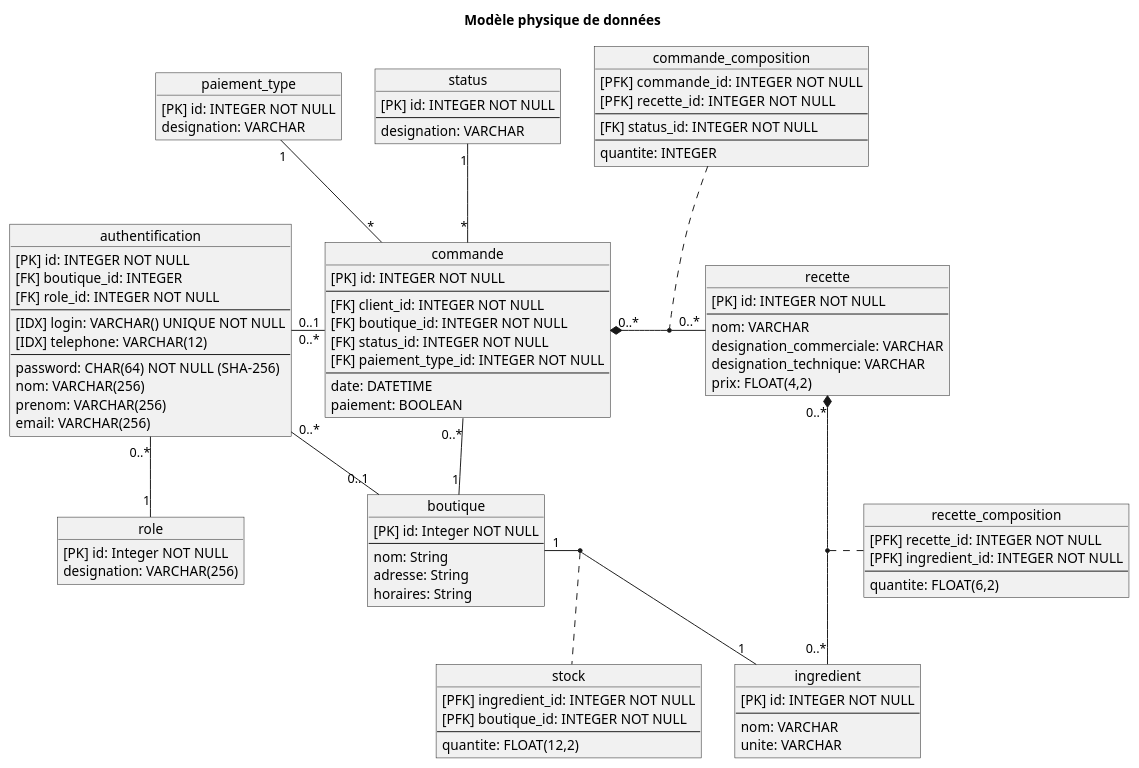
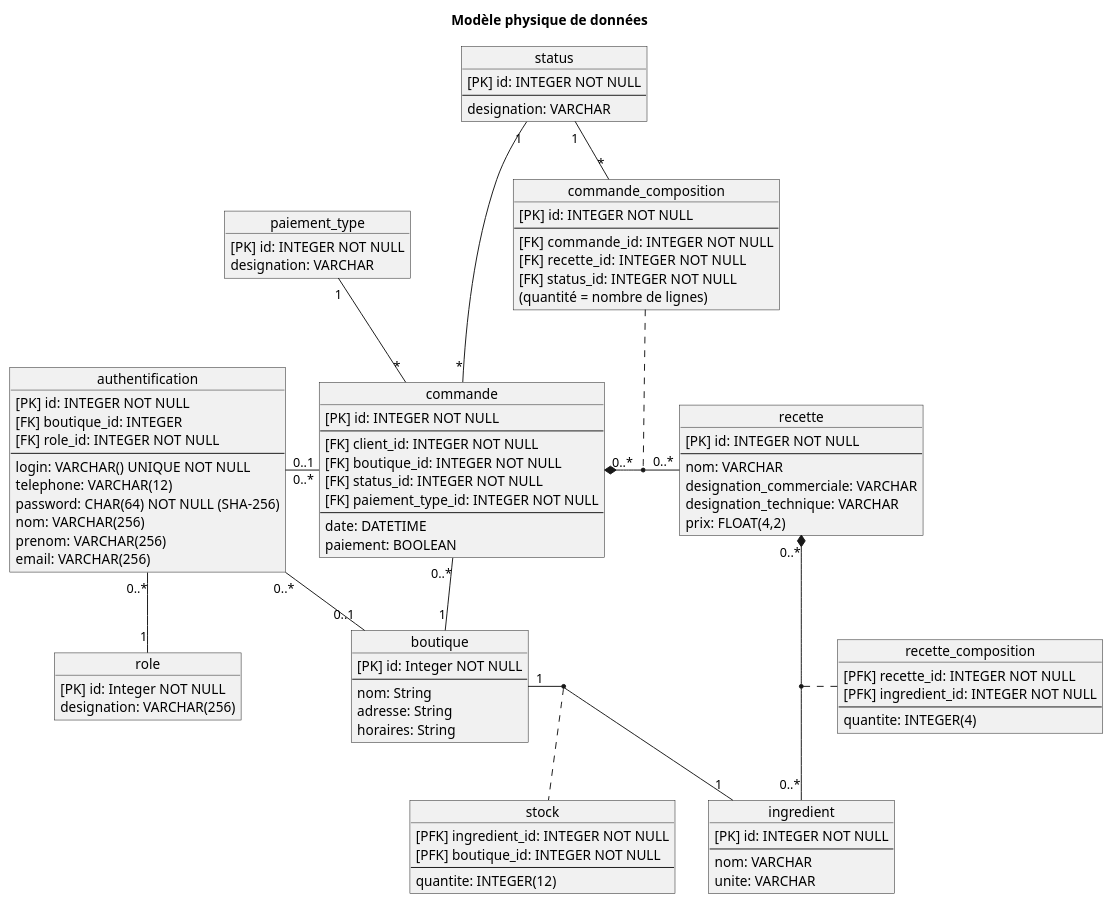
Before and after one commit to Zepmanbc/oc_dapython_pr6: the diagram in doc/uml/07_MPD.puml, drawn with PlantUML. The commit also changed 8 other files, not shown here.

Commit message:
class & MPD diagrams update SQL structure, basics begin of view/procedure begin of populate

```diff
--- a/doc/uml/07_MPD.puml
+++ b/doc/uml/07_MPD.puml
@@ -1,113 +1,115 @@
 @startuml 07_MPD
 title Modèle physique de données
 
 object commande{
     [PK] id: INTEGER NOT NULL
     ----
     [FK] client_id: INTEGER NOT NULL
     [FK] boutique_id: INTEGER NOT NULL
     [FK] status_id: INTEGER NOT NULL
     [FK] paiement_type_id: INTEGER NOT NULL
     ----
     date: DATETIME
     paiement: BOOLEAN
 }
 
 object paiement_type{
     [PK] id: INTEGER NOT NULL
     designation: VARCHAR
 }
 
 object status{
     [PK] id: INTEGER NOT NULL
     ----
     designation: VARCHAR
 }
 
 object commande_composition{
-    [PFK] commande_id: INTEGER  NOT NULL
-    [PFK] recette_id: INTEGER  NOT NULL
+    [PK] id: INTEGER NOT NULL
     ----
+    [FK] commande_id: INTEGER  NOT NULL
+    [FK] recette_id: INTEGER  NOT NULL
     [FK] status_id: INTEGER NOT NULL
-    ----
-    quantite: INTEGER
+    (quantité = nombre de lignes)
 }
 
 object recette{
     [PK] id: INTEGER NOT NULL
     ----
     nom: VARCHAR
     designation_commerciale: VARCHAR
     designation_technique: VARCHAR
     prix: FLOAT(4,2)
 }
 
 object recette_composition{
     [PFK] recette_id: INTEGER NOT NULL
     [PFK] ingredient_id: INTEGER NOT NULL
     ----
-    quantite: FLOAT(6,2)
+    quantite: INTEGER(4)
 }
 
 object ingredient{
     [PK] id: INTEGER NOT NULL
     ----
     nom: VARCHAR
     unite: VARCHAR
 }
 
 object stock{
     [PFK] ingredient_id: INTEGER NOT NULL
     [PFK] boutique_id: INTEGER NOT NULL
     ----
-    quantite: FLOAT(12,2)
+    quantite: INTEGER(12)
     
 }
 
 object authentification{
     [PK] id: INTEGER NOT NULL
     [FK] boutique_id: INTEGER
     [FK] role_id: INTEGER NOT NULL
     ----
-    [IDX] login: VARCHAR() UNIQUE NOT NULL
-    [IDX] telephone: VARCHAR(12)
-    ----
+    login: VARCHAR() UNIQUE NOT NULL
+    telephone: VARCHAR(12)
     password: CHAR(64) NOT NULL (SHA-256)
     nom: VARCHAR(256)
     prenom: VARCHAR(256)
     email: VARCHAR(256)
 }
 
 object role{
     [PK] id: Integer NOT NULL
     designation: VARCHAR(256)
 }
 
 object boutique{
     [PK] id: Integer NOT NULL
     ----
     nom: String
     adresse: String
     horaires: String
 }
 
 commande "0..*" *- "0..*" recette
 commande_composition . (commande, recette)
 
 recette "0..*" *-- "0..*" ingredient
 (recette, ingredient) . recette_composition
 
 authentification "0..1" - "0..*" commande
 authentification "0..*" - "0..1" boutique
 commande "0..*" -- "1" boutique
 
 boutique "1" - "1" ingredient
 (ingredient, boutique) . stock
 
 status "1" -- "*" commande
 
+status "1" -- "*" commande_composition
+' commande_composition "*" - "1" status
+
 authentification "0..*" -- "1" role
 
 paiement_type "1" -- "*" commande
 
 @enduml
```
